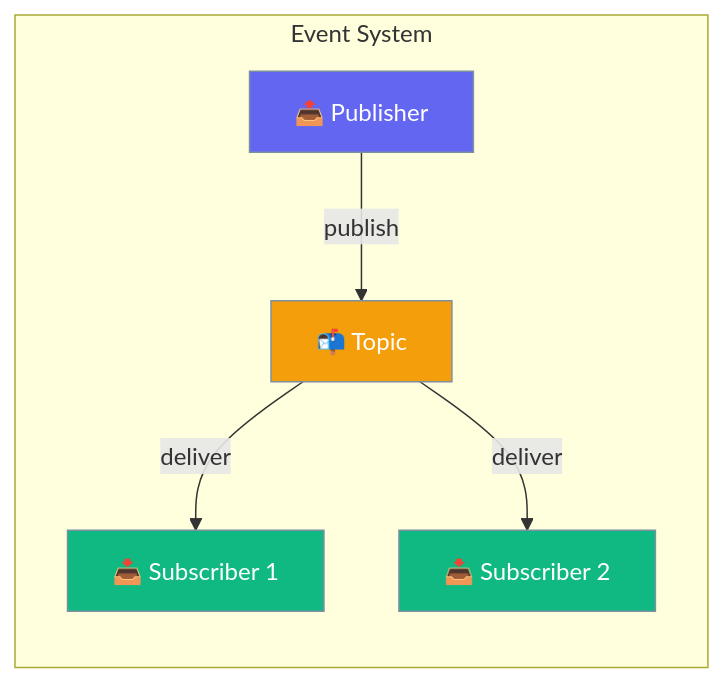
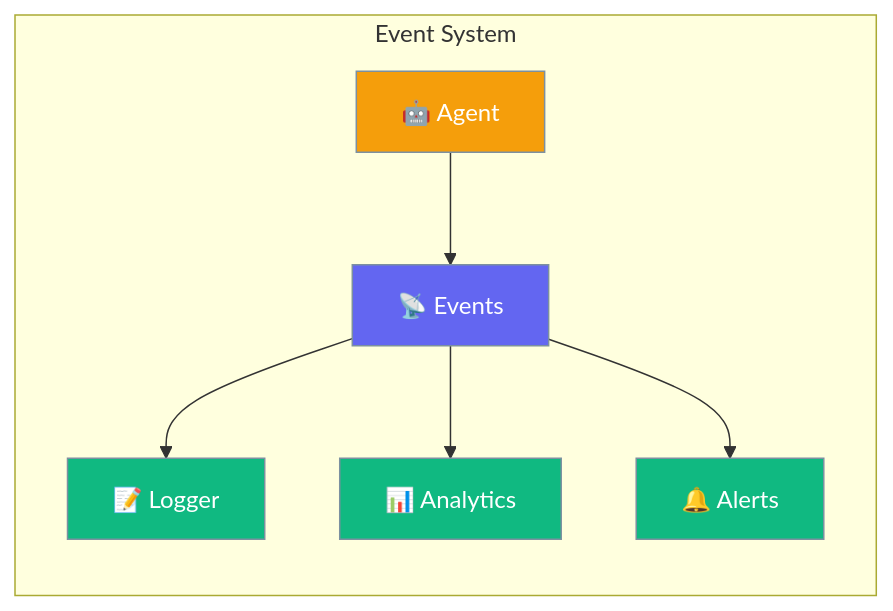
The first of 2 diagrams in docs/js/events.mdx (MervinPraison/PraisonAIDocs), drawn with Mermaid before and after one commit. The commit also changed other lines of this file and 30 other files, not shown here.

````diff
--- a/docs/js/events.mdx
+++ b/docs/js/events.mdx
@@ -10,16 +10,17 @@
 ```mermaid
 graph LR
     subgraph "Event System"
-        A[📤 Publisher] -->|publish| B[📬 Topic]
-        B -->|deliver| C[📥 Subscriber 1]
-        B -->|deliver| D[📥 Subscriber 2]
+        A[🤖 Agent] --> B[📡 Events]
+        B --> C[📝 Logger]
+        B --> D[📊 Analytics]
+        B --> E[🔔 Alerts]
     end
     
-    classDef pub fill:#6366F1,stroke:#7C90A0,color:#fff
-    classDef topic fill:#F59E0B,stroke:#7C90A0,color:#fff
-    classDef sub fill:#10B981,stroke:#7C90A0,color:#fff
+    classDef agent fill:#F59E0B,stroke:#7C90A0,color:#fff
+    classDef event fill:#6366F1,stroke:#7C90A0,color:#fff
+    classDef handler fill:#10B981,stroke:#7C90A0,color:#fff
     
-    class A pub
-    class B topic
-    class C,D sub
+    class A agent
+    class B event
+    class C,D,E handler
 ```
````
